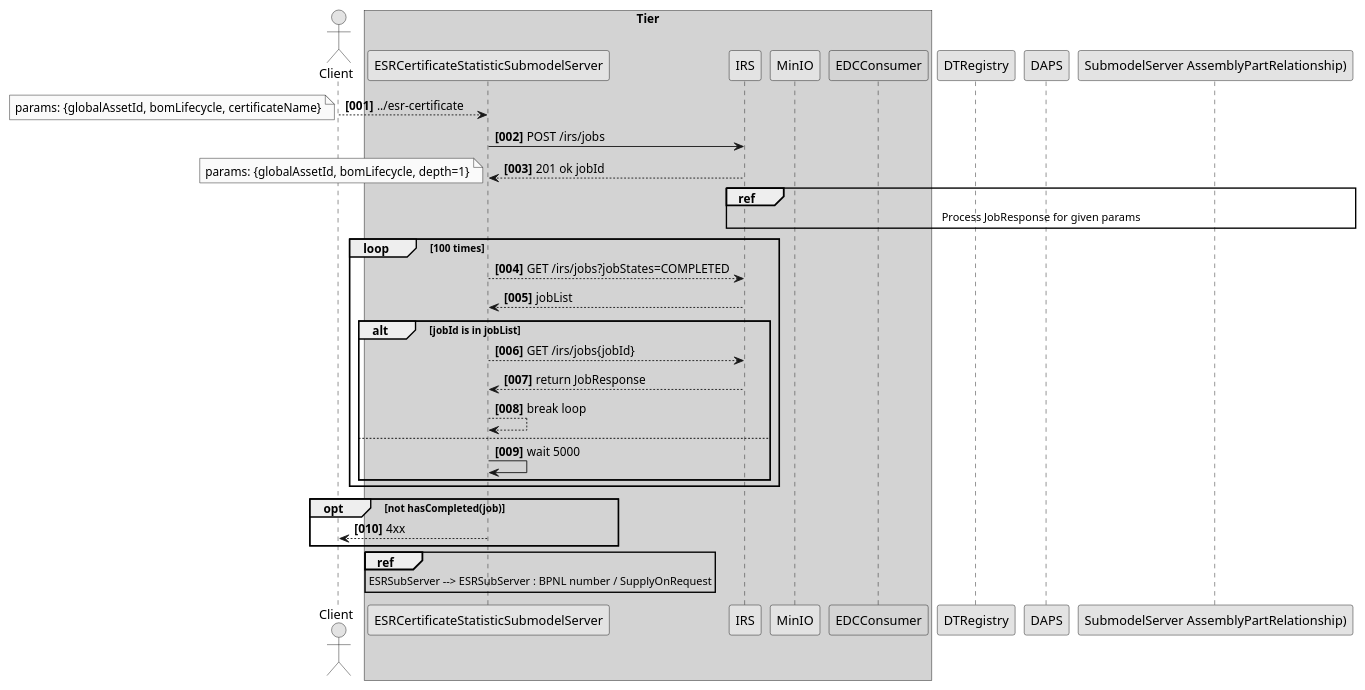
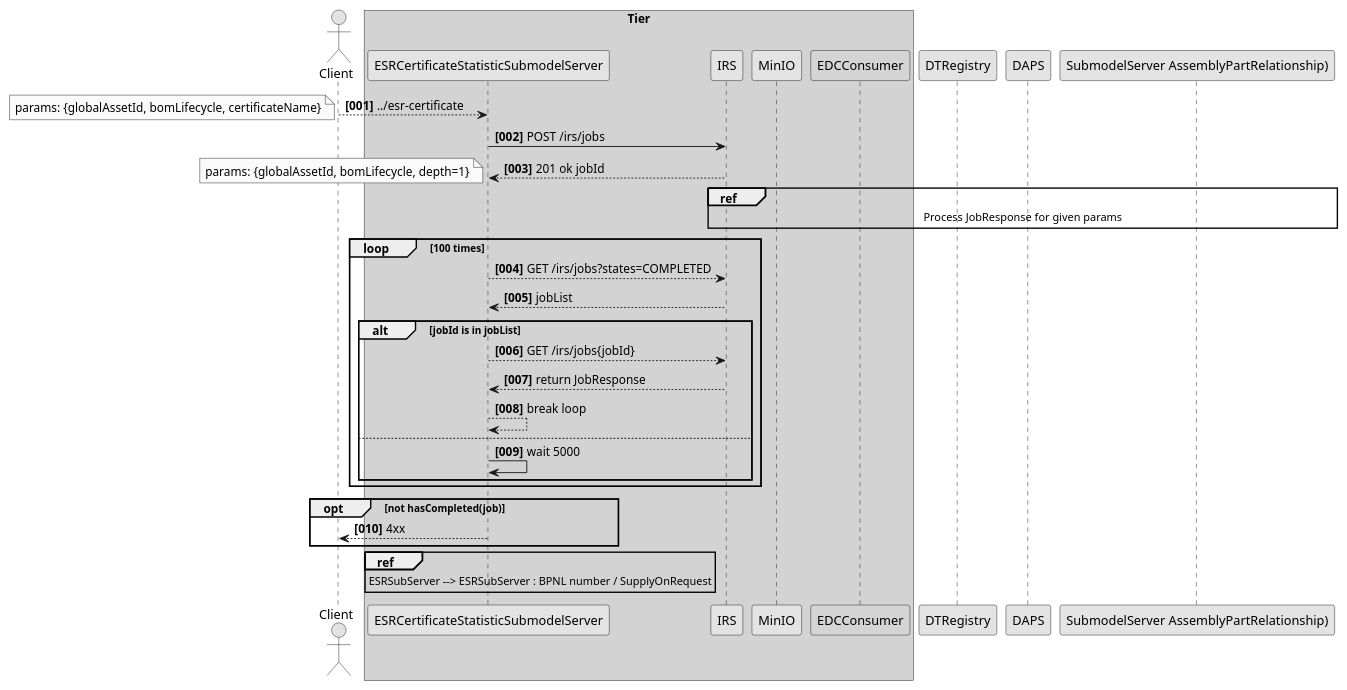
One commit to eclipse-tractusx/item-relationship-service changed the diagram in docs/src/uml-diagrams/irs-recursive/use-case-esr-certificate/esr-certificate-sequence-irs.puml. Above: the diagram before and after it, drawn with PlantUML. The commit also changed 2 other files, not shown here.

Commit message:
chore(collection):[#TRI-996] Correct param "jobStates" in collection and documentation
(the parameter was renamed in
https://jira.catena-x.net/browse/TRI-996
from "jobStates" to "states")

```diff
--- a/docs/src/uml-diagrams/irs-recursive/use-case-esr-certificate/esr-certificate-sequence-irs.puml
+++ b/docs/src/uml-diagrams/irs-recursive/use-case-esr-certificate/esr-certificate-sequence-irs.puml
@@ -1,49 +1,49 @@
 @startuml
 skinparam monochrome true
 skinparam shadowing false
 
 autonumber "<b>[000]"
 
 actor "Client" as User
 
 box "Tier" #LightGrey
 participant ESRCertificateStatisticSubmodelServer as ESRSubServer
 participant IRS as IRS
 participant MinIO as MinIO
 participant "EDCConsumer" as EDCConsumer #99FF99
 end box
 
 
 
 User --> ESRSubServer: ../esr-certificate
 note left
 params: {globalAssetId, bomLifecycle, certificateName}
 end note
 ESRSubServer -> IRS : POST /irs/jobs
 ESRSubServer <-- IRS : 201 ok jobId
 note left
 params: {globalAssetId, bomLifecycle, depth=1}
 end note
 ref over IRS, DTRegistry, DAPS, "SubmodelServer AssemblyPartRelationship)"
     Process JobResponse for given params
 end ref
 
 loop 100 times
-    ESRSubServer --> IRS: GET /irs/jobs?jobStates=COMPLETED
+    ESRSubServer --> IRS: GET /irs/jobs?states=COMPLETED
     ESRSubServer <-- IRS: jobList
     alt jobId is in jobList
         ESRSubServer --> IRS: GET /irs/jobs{jobId}
         ESRSubServer <-- IRS: return JobResponse
         ESRSubServer --> ESRSubServer: break loop
      else
         ESRSubServer -> ESRSubServer : wait 5000
     end alt
 end loop
 opt not hasCompleted(job)
     User <--  ESRSubServer : 4xx
 end opt
 ref over  ESRSubServer
     ESRSubServer --> ESRSubServer : BPNL number / SupplyOnRequest
 end ref
 
 @enduml
```
